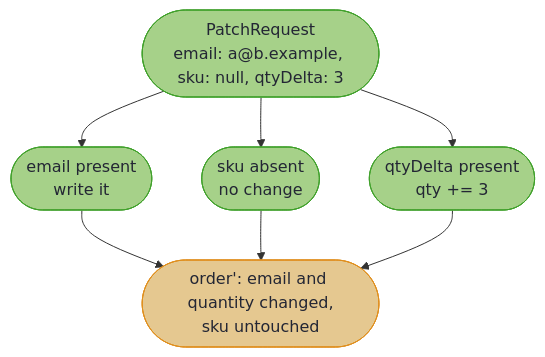
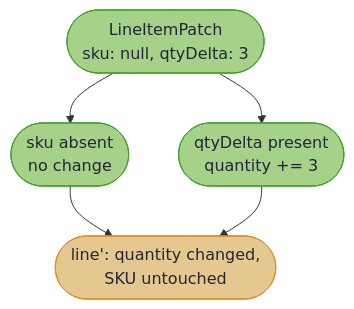
One commit to higher-kinded-j/higher-kinded-j changed the first of 4 diagrams in hkj-book/src/optics/multi_edit.md. Above: the diagram before and after it, drawn with Mermaid. The commit also changed other lines of this file and 45 other files, not shown here.

````diff
--- a/hkj-book/src/optics/multi_edit.md
+++ b/hkj-book/src/optics/multi_edit.md
@@ -67,17 +67,15 @@
 ```mermaid
 flowchart TD
     accTitle: A sparse request, field by field
-    accDescr: A request with an email, no SKU and a quantity delta of 3. The email is written, the absent SKU changes nothing, and the quantity grows by 3, so the order comes back with its email and quantity changed and its SKU untouched.
-    Req(["PatchRequest<br/>email: a@b.example, sku: null, qtyDelta: 3"])
-    Req --> E(["email present<br/>write it"])
+    accDescr: A request with no SKU and a quantity delta of 3. The absent SKU changes nothing and the quantity grows by 3, so the line comes back with its quantity changed and its SKU untouched.
+    Req(["LineItemPatch<br/>sku: null, qtyDelta: 3"])
     Req --> S(["sku absent<br/>no change"])
-    Req --> Q(["qtyDelta present<br/>qty += 3"])
-    E --> Out(["order': email and quantity changed,<br/>sku untouched"])
-    S --> Out
+    Req --> Q(["qtyDelta present<br/>quantity += 3"])
+    S --> Out(["line': quantity changed,<br/>SKU untouched"])
     Q --> Out
 
     classDef tier fill:#a6d189,stroke:#40a02b,color:#232634
     classDef out fill:#e5c890,stroke:#df8e1d,color:#232634
-    class Req,E,S,Q tier
+    class Req,S,Q tier
     class Out out
 ```
````
